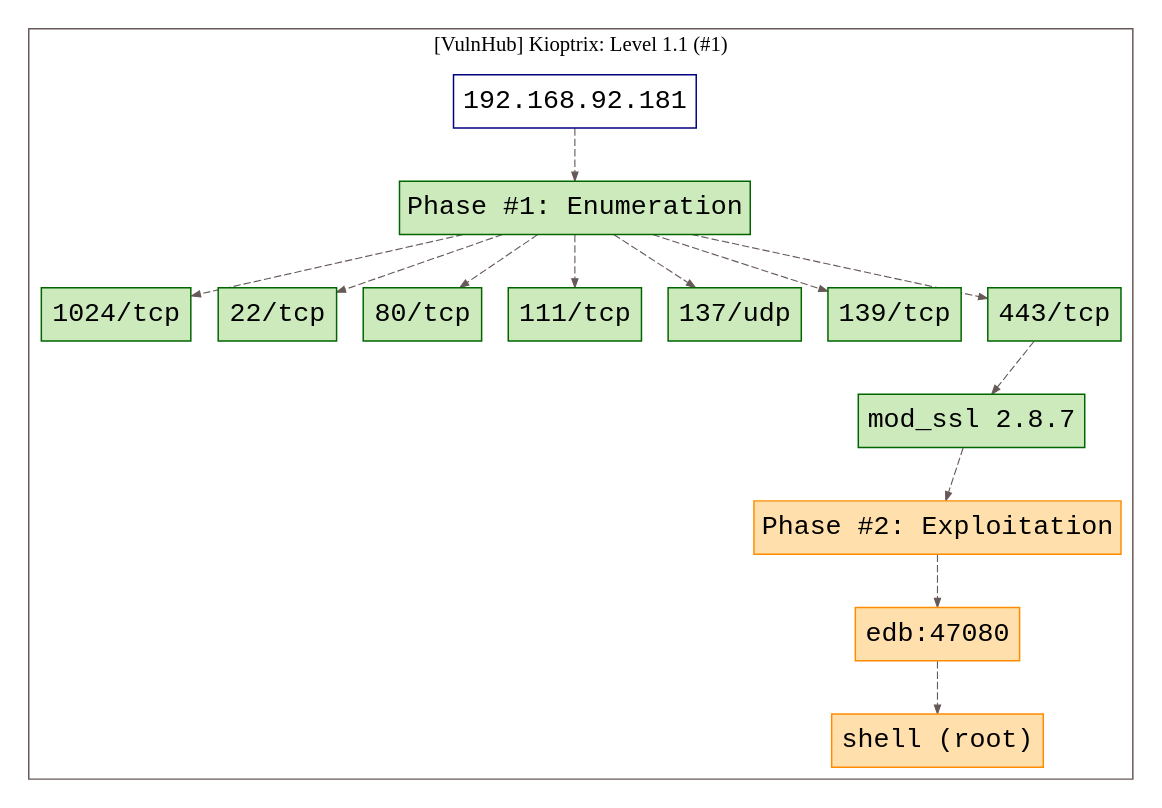
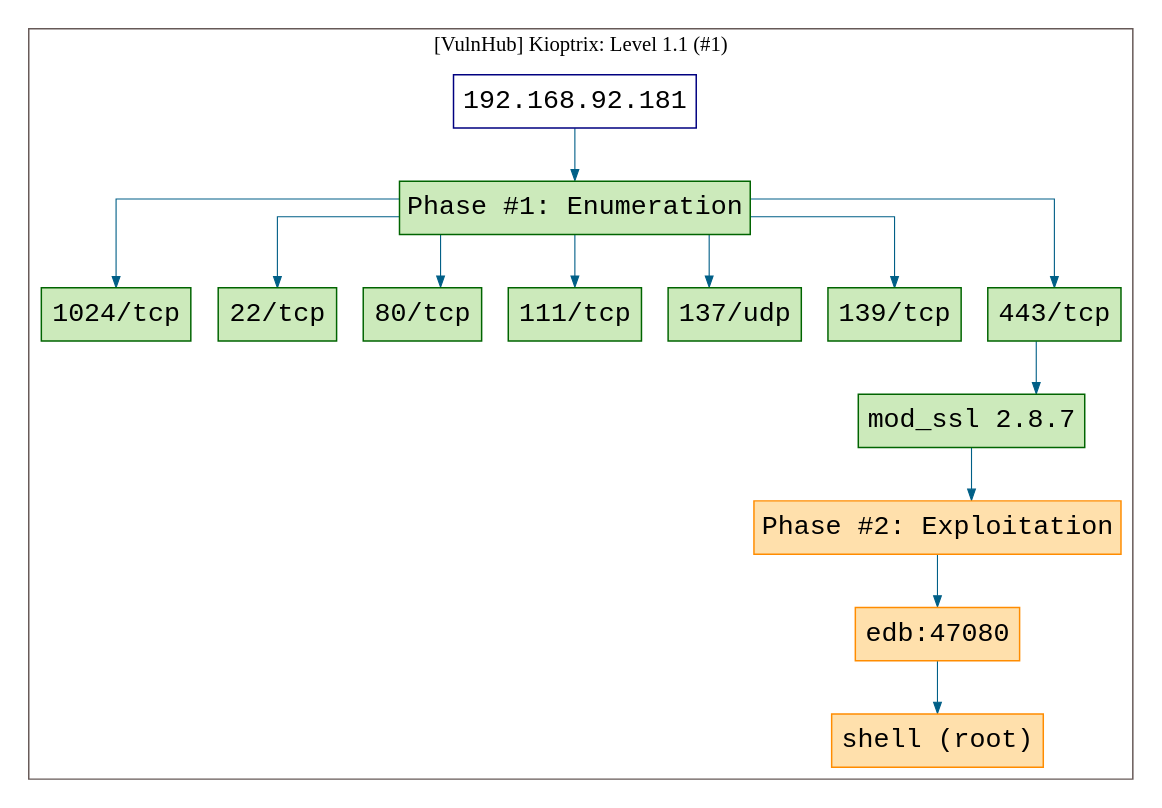
Before and after one commit to 7h3rAm/writeups: the diagram in vulnhub.kioptrix1/killchain.dot, drawn with Graphviz. The commit also changed 112 other files, not shown here.

```diff
--- a/vulnhub.kioptrix1/killchain.dot
+++ b/vulnhub.kioptrix1/killchain.dot
@@ -1,38 +1,38 @@
 digraph G {
   #rankdir=LR;
-  nodesdictep=1.0; splines="line"; K=0.6; overlap=scale; fixedsize=true; resolution=72; bgcolor="#ffffff"; outputorder="edgesfirst";
+  nodesdictep=1.0; splines="ortho"; K=0.6; overlap=scale; fixedsize=true; resolution=72; bgcolor="#ffffff"; outputorder="edgesfirst";
   node [fontname="courier" fontsize=18 shape=box width=0.25 fillcolor="white" style="filled,solid"];
-  edge [style=dashed color="#665957" penwidth=0.75 arrowsize=0.6];
+  edge [style=solid color="#005f87" penwidth=0.75 arrowsize=0.75];
 
   0[label="192.168.92.181" color="navyblue" fillcolor="#ffffff" tooltip="[VulnHub] Kioptrix: Level 1.1 (#1)"];
   10[label="edb:47080" color="darkorange" fillcolor="#ffe0ac" tooltip="Phase #2:Exploitation"];
   11[label="shell (root)" color="darkorange" fillcolor="#ffe0ac" tooltip="Phase #2:Exploitation"];
   12[label="1024/tcp" color="darkgreen" fillcolor="#cceabb" tooltip="Phase #1:Enumeration"];
   1[label="Phase #1: Enumeration" color="darkgreen" fillcolor="#cceabb" tooltip="Phase #1:Enumeration"];
   2[label="22/tcp" color="darkgreen" fillcolor="#cceabb" tooltip="Phase #1:Enumeration"];
   3[label="80/tcp" color="darkgreen" fillcolor="#cceabb" tooltip="Phase #1:Enumeration"];
   4[label="111/tcp" color="darkgreen" fillcolor="#cceabb" tooltip="Phase #1:Enumeration"];
   5[label="137/udp" color="darkgreen" fillcolor="#cceabb" tooltip="Phase #1:Enumeration"];
   6[label="139/tcp" color="darkgreen" fillcolor="#cceabb" tooltip="Phase #1:Enumeration"];
   7[label="443/tcp" color="darkgreen" fillcolor="#cceabb" tooltip="Phase #1:Enumeration"];
   8[label="mod_ssl 2.8.7" color="darkgreen" fillcolor="#cceabb" tooltip="Phase #1:Enumeration"];
   9[label="Phase #2: Exploitation" color="darkorange" fillcolor="#ffe0ac" tooltip="Phase #2:Exploitation"];
 
   subgraph cluster_0 {
     node [style="filled,solid"];
     label = "[VulnHub] Kioptrix: Level 1.1 (#1)";
     color = "#665957";
-    0 -> 1 [color="#665957"];
-    1 -> 12 [color="#665957"];
-    1 -> 2 [color="#665957"];
-    1 -> 3 [color="#665957"];
-    1 -> 4 [color="#665957"];
-    1 -> 5 [color="#665957"];
-    1 -> 6 [color="#665957"];
-    1 -> 7 [color="#665957"];
-    10 -> 11 [color="#665957"];
-    7 -> 8 [color="#665957"];
-    8 -> 9 [color="#665957"];
-    9 -> 10 [color="#665957"];
+    0 -> 1 [color="#005f87"];
+    1 -> 12 [color="#005f87"];
+    1 -> 2 [color="#005f87"];
+    1 -> 3 [color="#005f87"];
+    1 -> 4 [color="#005f87"];
+    1 -> 5 [color="#005f87"];
+    1 -> 6 [color="#005f87"];
+    1 -> 7 [color="#005f87"];
+    10 -> 11 [color="#005f87"];
+    7 -> 8 [color="#005f87"];
+    8 -> 9 [color="#005f87"];
+    9 -> 10 [color="#005f87"];
   }
 }
```
